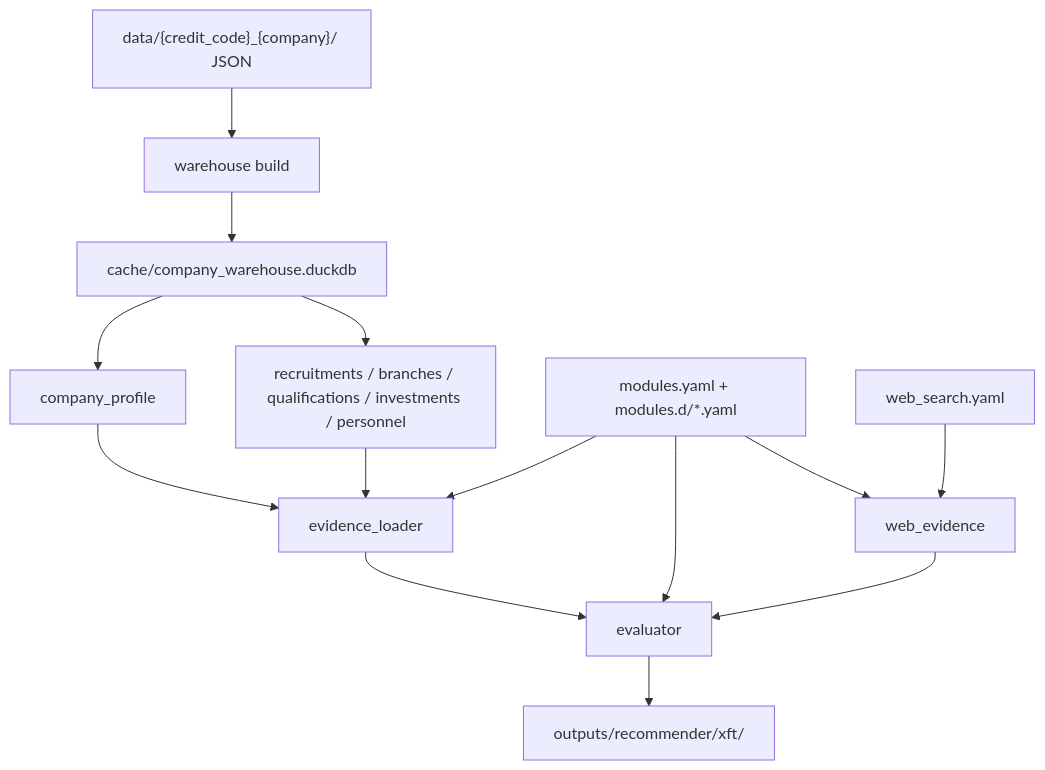
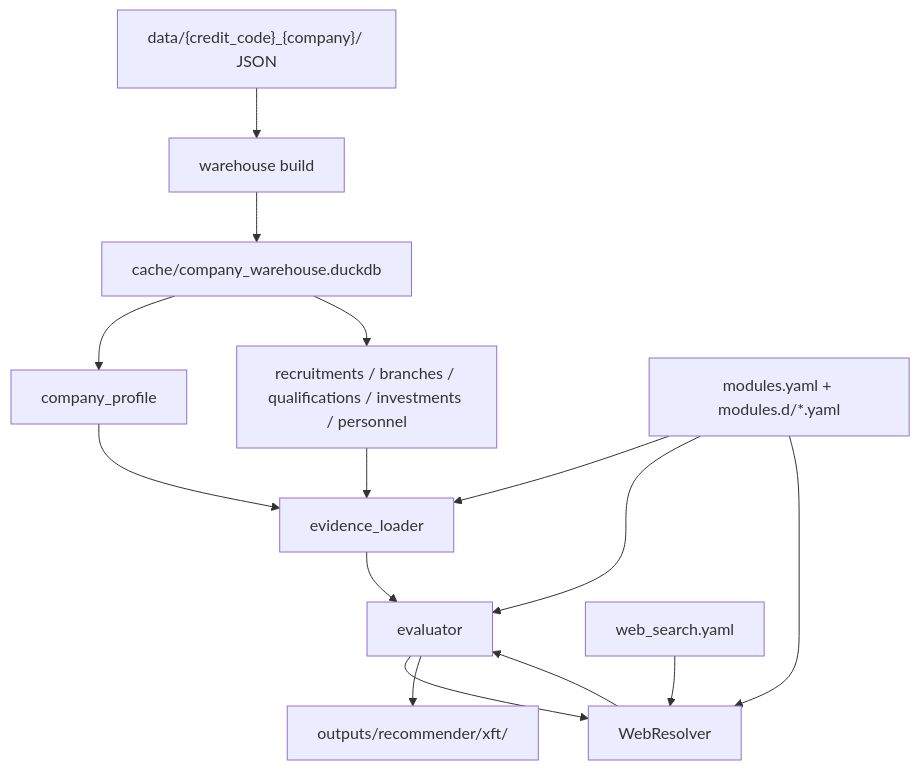
Before and after one commit to leeing/xft-dd: the second of 2 diagrams in docs/ARCHITECTURE.md, drawn with Mermaid. The commit also changed other lines of this file and 14 other files, not shown here.

First line of the commit message:
♻️ refactor: integrate web search into evaluator, remove web_evidence phase

````diff
--- a/docs/ARCHITECTURE.md
+++ b/docs/ARCHITECTURE.md
@@ -57,16 +55,17 @@
 ```mermaid
 flowchart TB
     raw["data/{credit_code}_{company}/ JSON"] --> warehouse["warehouse build"]
     warehouse --> duck["cache/company_warehouse.duckdb"]
     duck --> profile["company_profile"]
     duck --> detail["recruitments / branches / qualifications / investments / personnel"]
     profile --> local["evidence_loader"]
     detail --> local
     local --> recommend["evaluator"]
     cfg["modules.yaml + modules.d/*.yaml"] --> local
     cfg --> recommend
-    webcfg["web_search.yaml"] --> web["web_evidence"]
-    cfg --> web
-    web --> recommend
+    webcfg["web_search.yaml"] --> resolver["WebResolver"]
+    cfg --> resolver
+    recommend --> resolver
+    resolver --> recommend
     recommend --> out["outputs/recommender/xft/<run_id>"]
 ```
````
